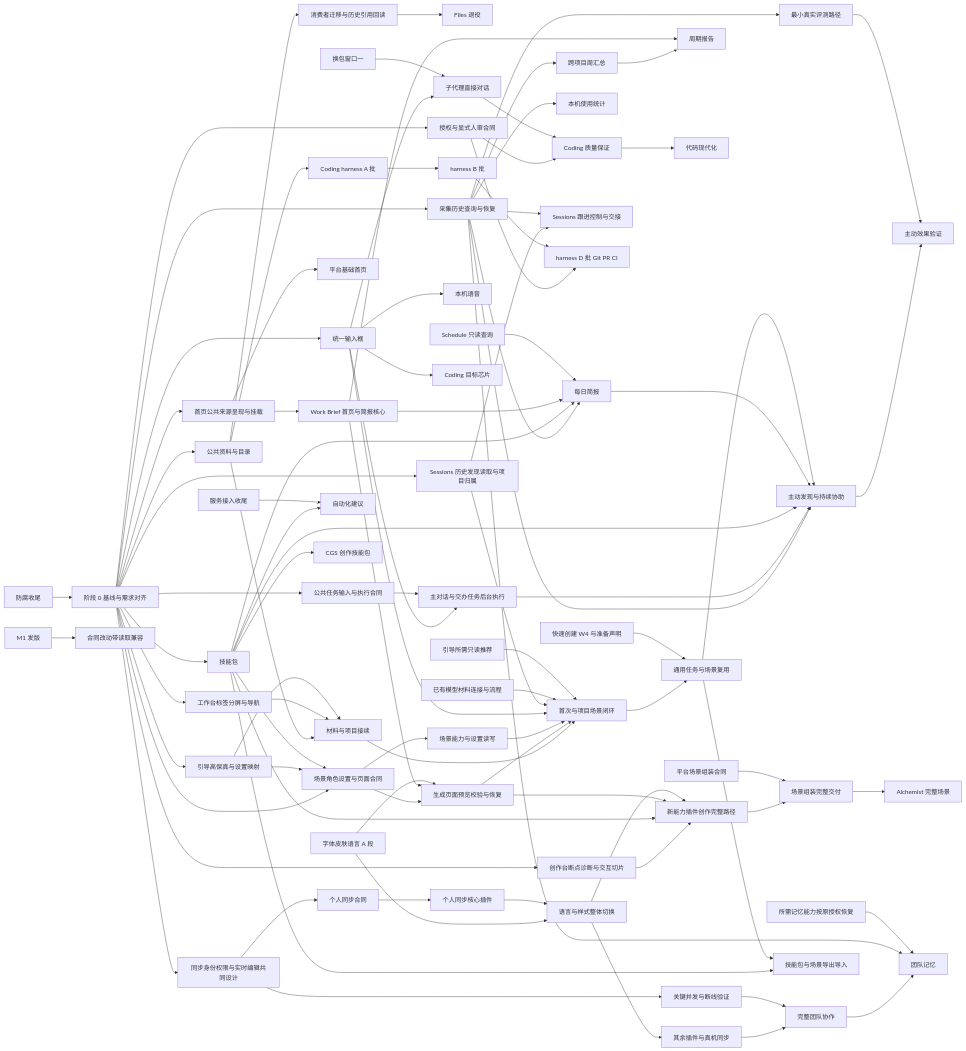
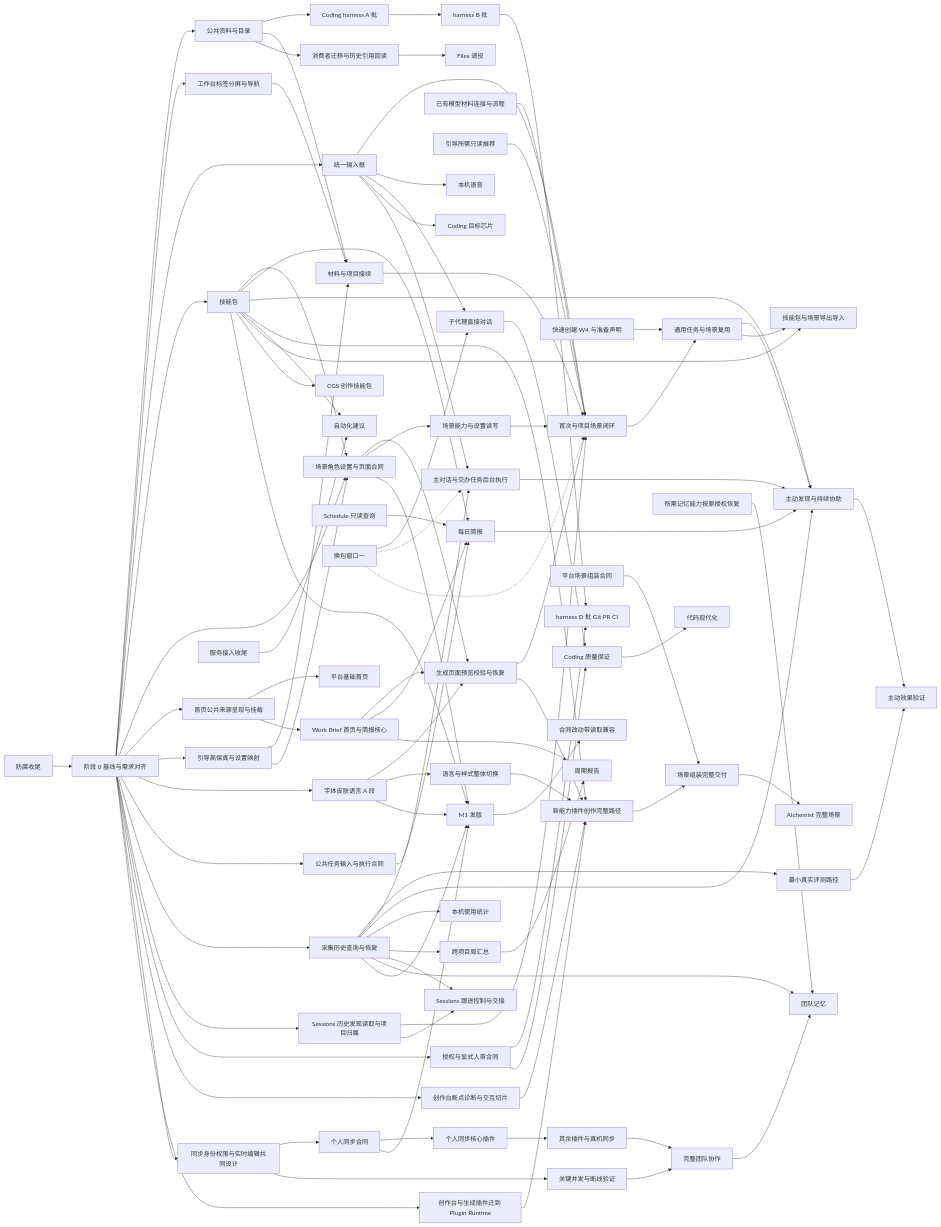
The diagram in specs/post-anticorruption-roadmap/spec.md (molis-ai/molis-work), drawn with Mermaid before and after one commit. The commit also changed other lines of this file, not shown here.

````diff
--- a/specs/post-anticorruption-roadmap/spec.md
+++ b/specs/post-anticorruption-roadmap/spec.md
@@ -216,6 +230,7 @@
   OC --> OG[生成页面预览校验与恢复]
   WB --> OG
   FA[字体皮肤语言 A 段] --> OG
+  S0 --> FA
   OC --> OS[场景能力与设置读写]
   OI --> ON[首次与项目场景闭环]
   OG --> ON
@@ -275,8 +290,7 @@
   TD --> SC[个人同步合同]
   TD --> TP[关键并发与断线验证]
   SC --> SY[个人同步核心插件]
-  SY --> FC
-  FC --> SY2[其余插件与真机同步]
+  SY --> SY2[其余插件与真机同步]
   SY2 --> TEAM[完整团队协作]
   TP --> TEAM
   TEAM --> TM[团队记忆]
@@ -286,4 +300,13 @@
   OT --> SH
   SP --> CGS[CGS 创作技能包]
   M1[M1 发版] --> COMPAT[合同改动带读取兼容]
+  SP --> M1
+  FA --> M1
+  SC --> M1
+  OC --> M1
+  COL --> M1
+  W1 -.-> BT
+  W1 -.-> ON
+  S0 --> PBR[创作台与生成插件迁到 Plugin Runtime]
+  PBR --> PB
 ```
````
